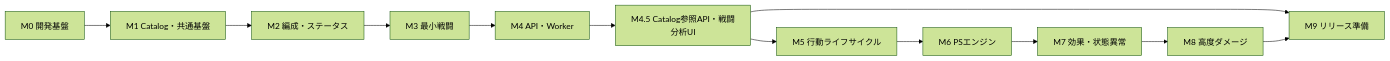
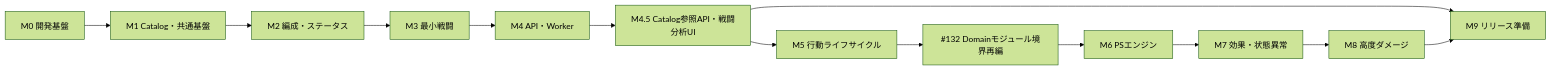
One commit to komei0727/muvluvgg_battle_simulator changed the diagram in docs/ddd/13_実装計画.md. Above: the diagram before and after it, drawn with Mermaid (forest theme). The commit also changed other lines of this file and 4 other files, not shown here.

````diff
--- a/docs/ddd/13_実装計画.md
+++ b/docs/ddd/13_実装計画.md
@@ -68,14 +68,15 @@
 ```mermaid
 flowchart LR
     M0["M0 開発基盤"] --> M1["M1 Catalog・共通基盤"]
     M1 --> M2["M2 編成・ステータス"]
     M2 --> M3["M3 最小戦闘"]
     M3 --> M4["M4 API・Worker"]
     M4 --> M45["M4.5 Catalog参照API・戦闘分析UI"]
     M45 --> M5["M5 行動ライフサイクル"]
-    M5 --> M6["M6 PSエンジン"]
+    M5 --> ARCH["#132 Domainモジュール境界再編"]
+    ARCH --> M6["M6 PSエンジン"]
     M6 --> M7["M7 効果・状態異常"]
     M7 --> M8["M8 高度ダメージ"]
     M45 --> M9["M9 リリース準備"]
     M8 --> M9
 ```
````
